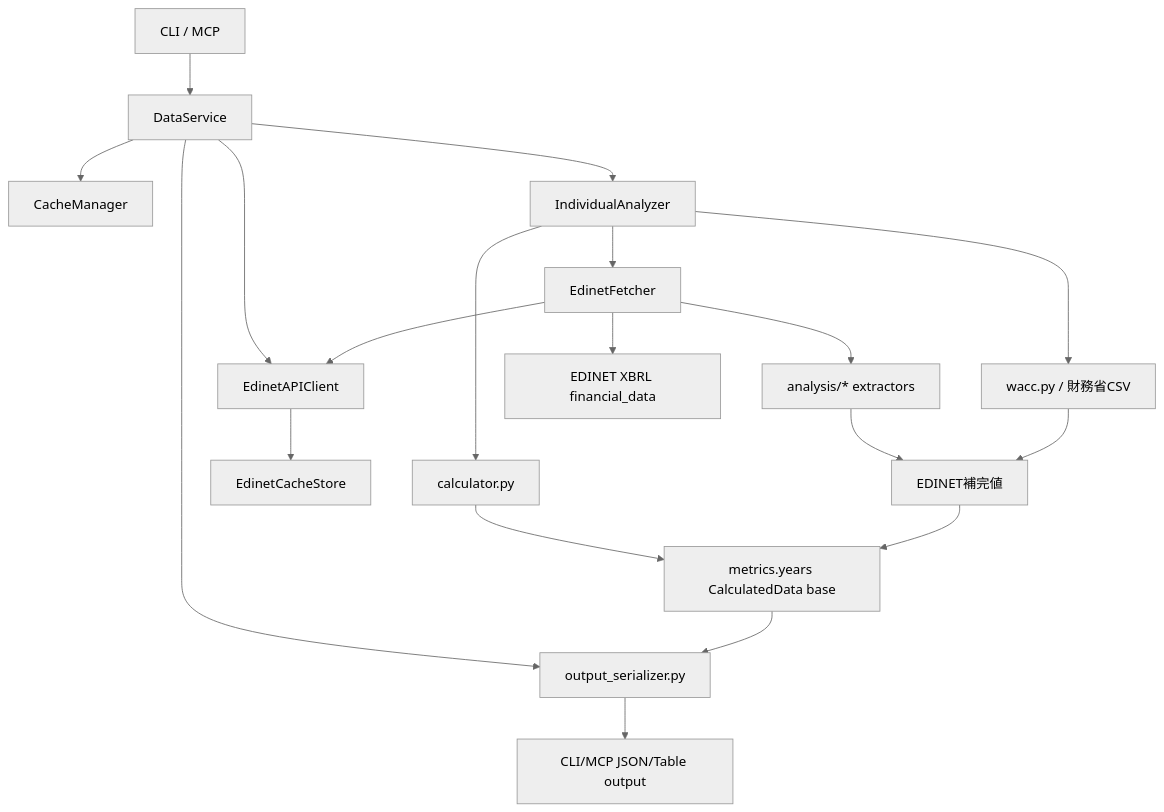
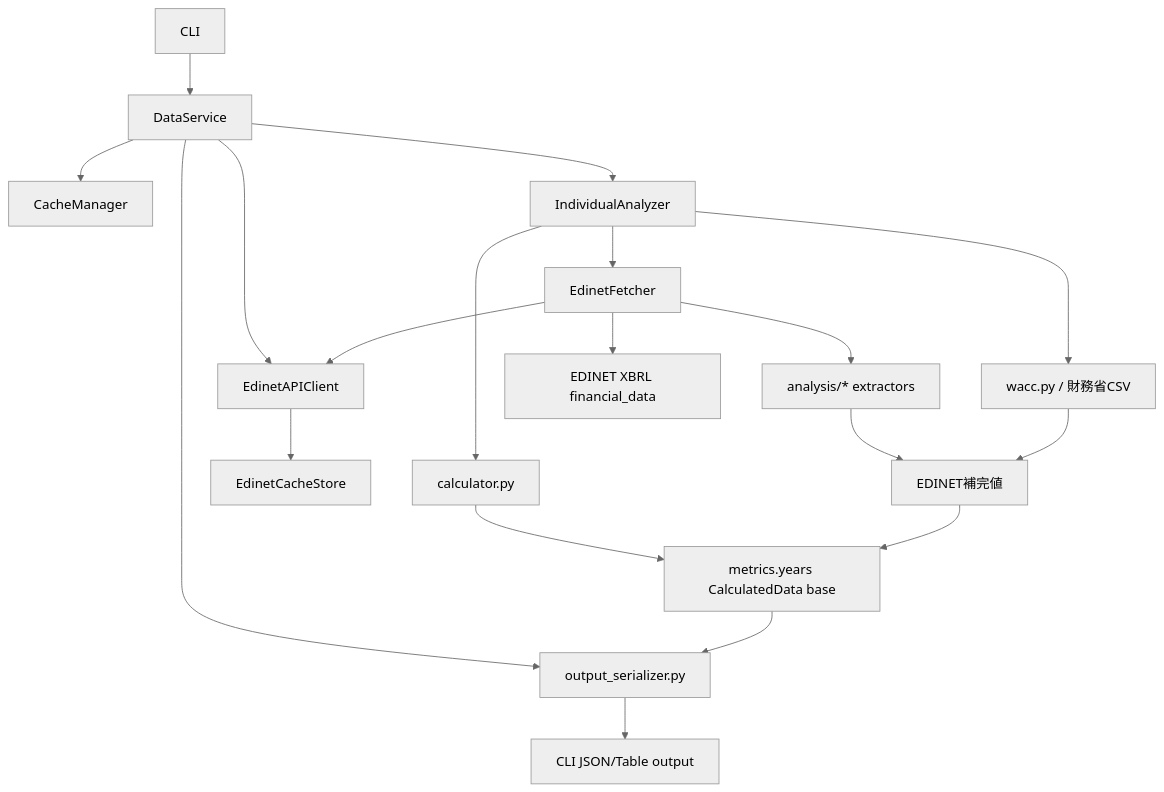
One commit to sollahiro/mebuki changed the diagram in docs/architecture-review.md. Above: the diagram before and after it, drawn with Mermaid (neutral theme). The commit also changed other lines of this file and 23 other files, not shown here.

First line of the commit message:
refactor: remove MCP server and related commands from CLI

````diff
--- a/docs/architecture-review.md
+++ b/docs/architecture-review.md
@@ -12,23 +12,23 @@
 ```mermaid
 flowchart TD
-    CLI["CLI / MCP"] --> DS["DataService"]
+    CLI["CLI"] --> DS["DataService"]
     DS --> ED["EdinetAPIClient"]
     DS --> CM["CacheManager"]
     DS --> IA["IndividualAnalyzer"]
     DS --> SER["output_serializer.py"]
 
     IA --> EF["EdinetFetcher"]
     IA --> CALC["calculator.py"]
     EF --> ED
     ED --> ECS["EdinetCacheStore"]
     EF --> XBRL["analysis/* extractors"]
     IA --> WACC["wacc.py / 財務省CSV"]
 
     EF --> RAW["EDINET XBRL financial_data"]
     CALC --> BASE["metrics.years CalculatedData base"]
     XBRL --> SUPP["EDINET補完値"]
     WACC --> SUPP
     SUPP --> BASE
     BASE --> SER
-    SER --> OUT["CLI/MCP JSON/Table output"]
+    SER --> OUT["CLI JSON/Table output"]
 ```
````
